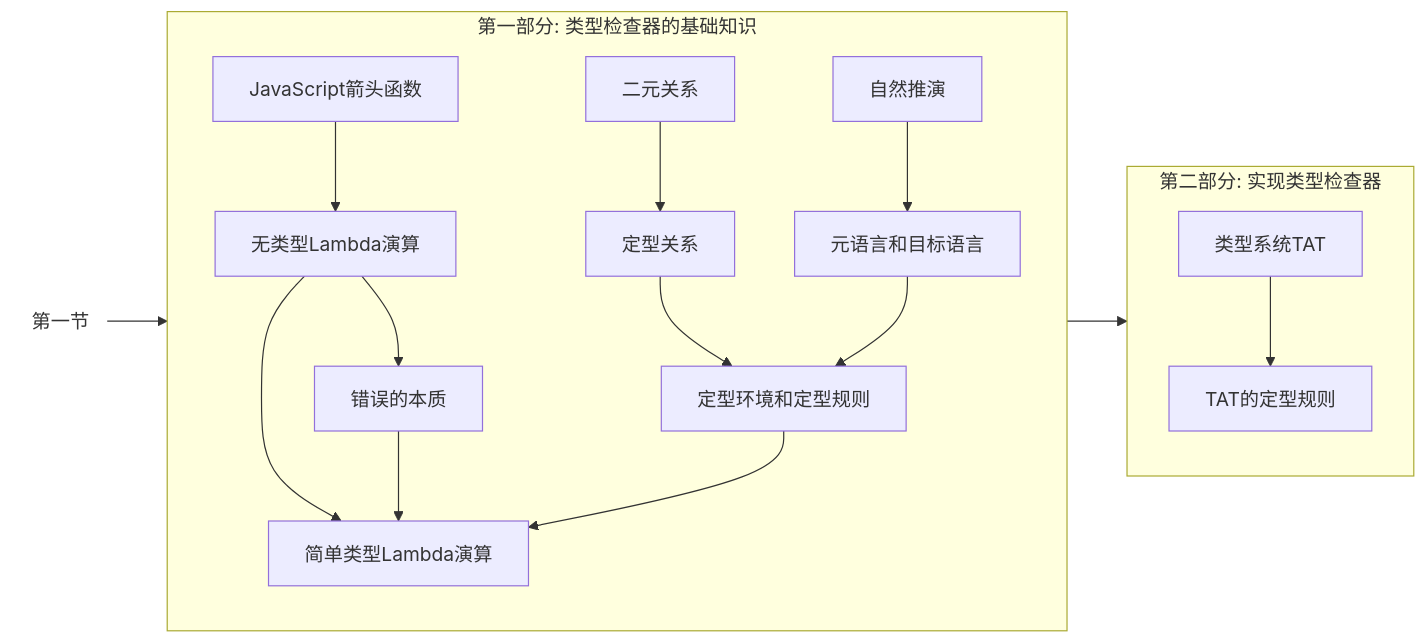
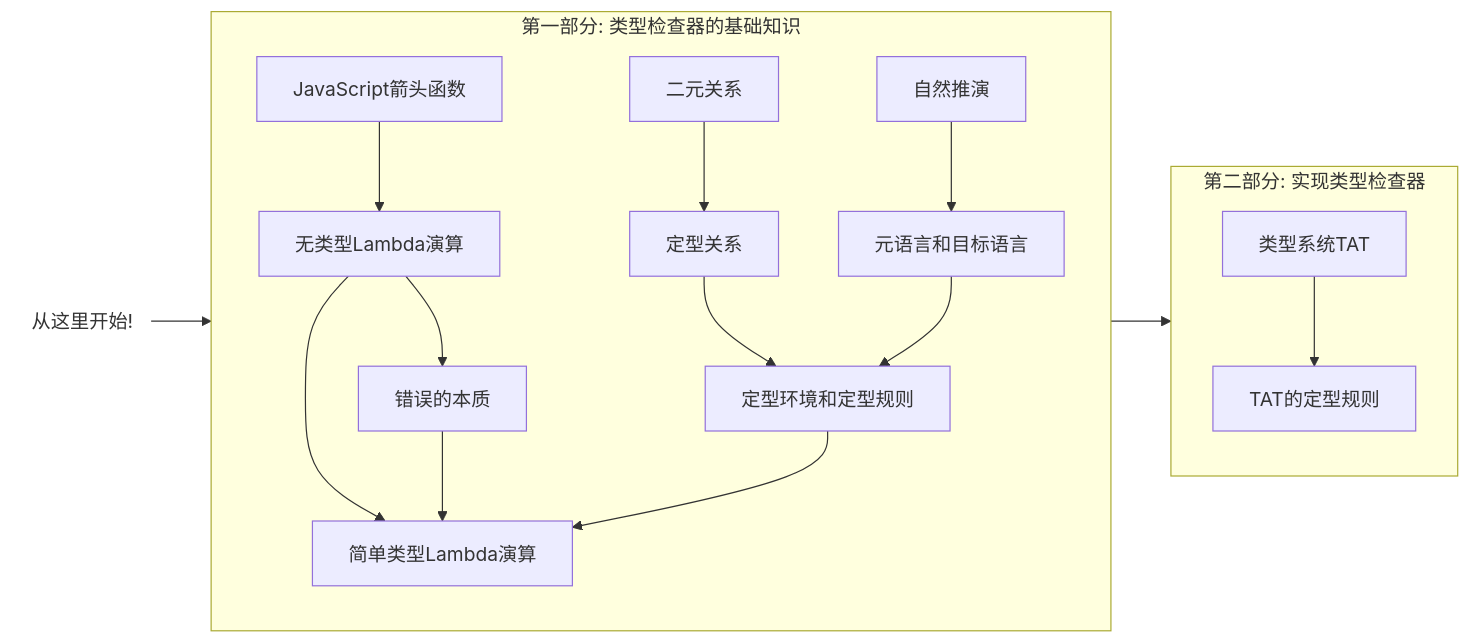
The first of 3 diagrams in slides/slides.md (suica/write-you-a-typescript), drawn with Mermaid before and after one commit. The commit also changed other lines of this file, not shown here.

````diff
--- a/slides/slides.md
+++ b/slides/slides.md
@@ -443,24 +443,24 @@
 ```mermaid {scale: 0.9}
 flowchart LR
   subgraph Part1[第一部分: 类型检查器的基础知识]
     direction TB
     ArrowFunction[JavaScript箭头函数] --> UTLC[无类型Lambda演算]
     UTLC --> STLC
     BinaryRelation[二元关系] --> TypingRelation[定型关系]
     TypingRelation --> TypingContext[定型环境和定型规则]
     TypingContext --> STLC[简单类型Lambda演算]
     UTLC --> Error[错误的本质] --> STLC
     NaturalDeduction[自然推演] --> MetaLanguage
     MetaLanguage[元语言和目标语言] --> TypingContext
   end
 
   subgraph Part2[第二部分: 实现类型检查器]
     direction TB
     TAT[类型系统TAT] --> TATRules[TAT的定型规则]
   end
 
-  Start(第一节) --> Part1 --> Part2
+  Start(从这里开始!) --> Part1 --> Part2
   style Start fill:none,stroke:none
 
 
 ```
````
